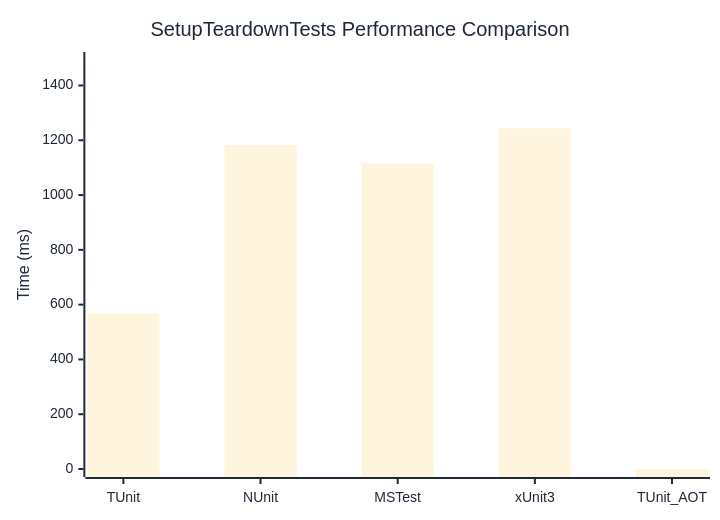
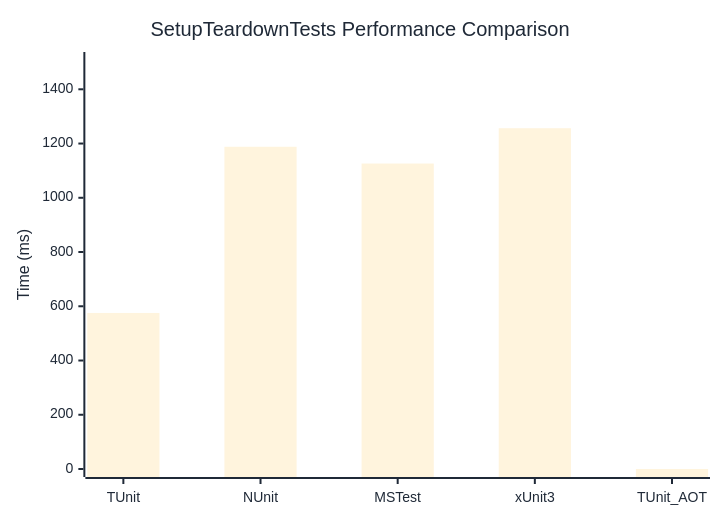
The diagram in docs/docs/benchmarks/SetupTeardownTests.md (thomhurst/TUnit), drawn with Mermaid before and after one commit. The commit also changed other lines of this file and 17 other files, not shown here.

````diff
--- a/docs/docs/benchmarks/SetupTeardownTests.md
+++ b/docs/docs/benchmarks/SetupTeardownTests.md
@@ -27,37 +27,37 @@
 ```mermaid
 %%{init: {
   'theme':'base',
   'themeVariables': {
     'primaryColor': '#2563eb',
     'primaryTextColor': '#1f2937',
     'primaryBorderColor': '#1e40af',
     'lineColor': '#6b7280',
     'secondaryColor': '#7c3aed',
     'tertiaryColor': '#dc2626',
     'background': '#ffffff',
     'mainBkg': '#2563eb',
     'secondBkg': '#7c3aed',
     'tertiaryBkg': '#dc2626',
     'clusterBkg': '#f3f4f6',
     'edgeLabelBackground': '#ffffff',
     'tertiaryTextColor': '#1f2937',
     'pie1': '#2563eb',
     'pie2': '#7c3aed',
     'pie3': '#dc2626',
     'pie4': '#f59e0b',
     'pie5': '#10b981',
     'pie6': '#06b6d4',
     'pie7': '#ec4899',
     'pie8': '#6366f1',
     'pie9': '#84cc16',
     'pie10': '#f97316',
     'pie11': '#14b8a6',
     'pie12': '#a855f7'
   }
 }}%%
 xychart-beta
   title "SetupTeardownTests Performance Comparison"
   x-axis ["TUnit", "NUnit", "MSTest", "xUnit3", "TUnit_AOT"]
-  y-axis "Time (ms)" 0 --> 1493
-  bar [568, 1182.1, 1115.8, 1243.8, 0]
+  y-axis "Time (ms)" 0 --> 1508
+  bar [575.3, 1188.1, 1126.3, 1256.5, 0]
 ```
````
